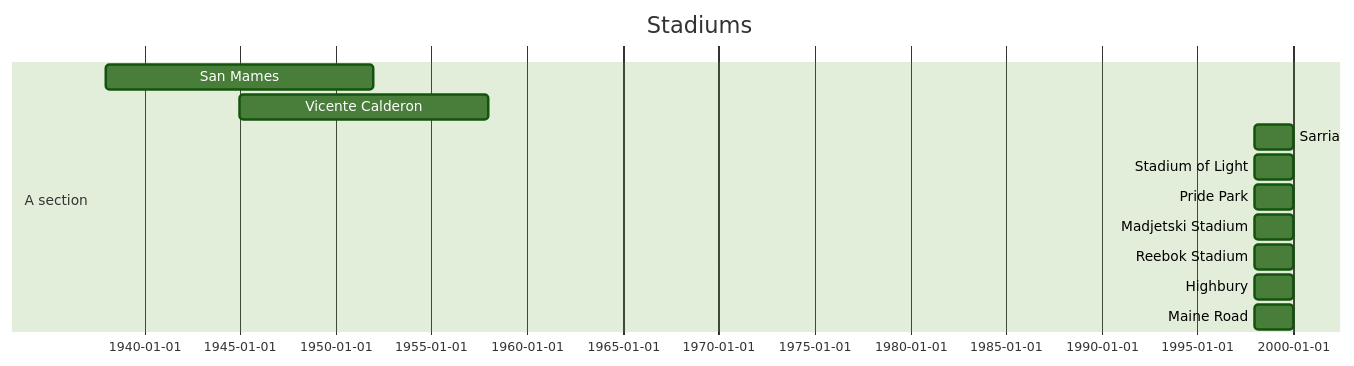
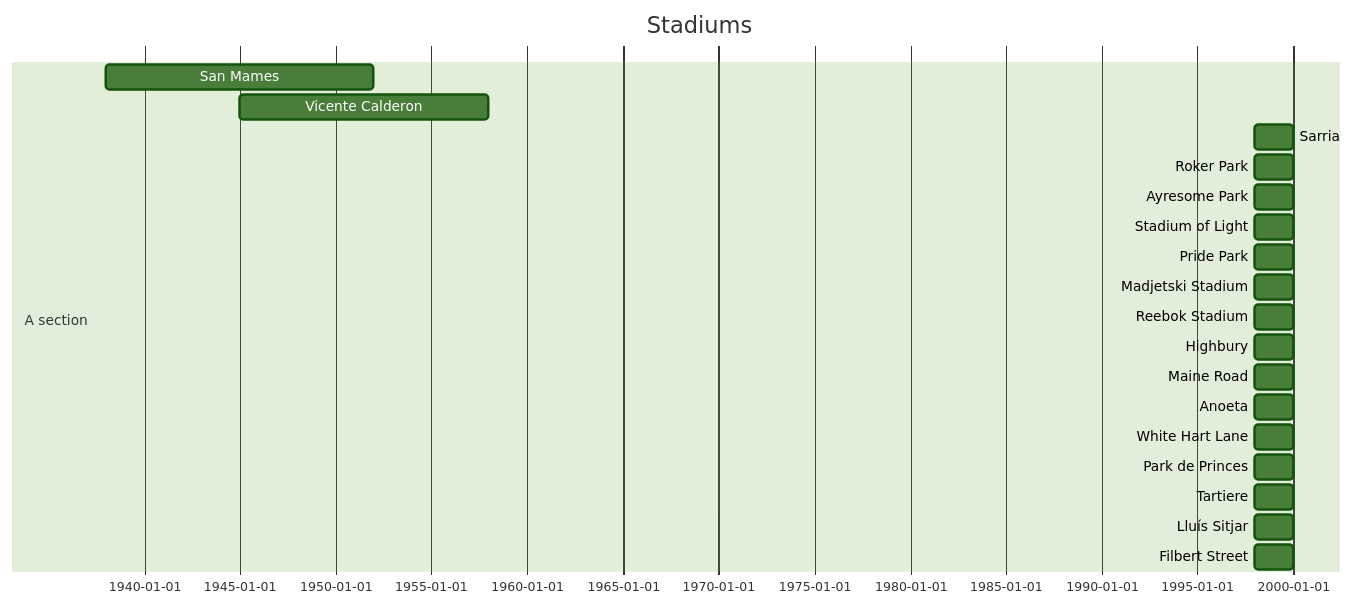
The second of 4 diagrams in README.md (sarnobat/mermaid), drawn with Mermaid (forest theme) before and after one commit.

````diff
--- a/README.md
+++ b/README.md
@@ -26,16 +26,24 @@
 ```mermaid
 gantt
 dateFormat  YYYY
 title Stadiums
 
 section A section
 San Mames    : 1938,1952
 Vicente Calderon : 1945,1958
 Sarria: 1998,2000
+Roker Park: 1998,2000
+Ayresome Park: 1998,2000
 Stadium of Light: 1998,2000
 Pride Park: 1998,2000
 Madjetski Stadium: 1998,2000
 Reebok Stadium: 1998,2000
 Highbury: 1998,2000
 Maine Road: 1998,2000
+Anoeta: 1998,2000
+White Hart Lane: 1998,2000
+Park de Princes: 1998,2000
+Tartiere: 1998,2000
+Lluís Sitjar: 1998,2000
+Filbert Street: 1998,2000
 ```
````
